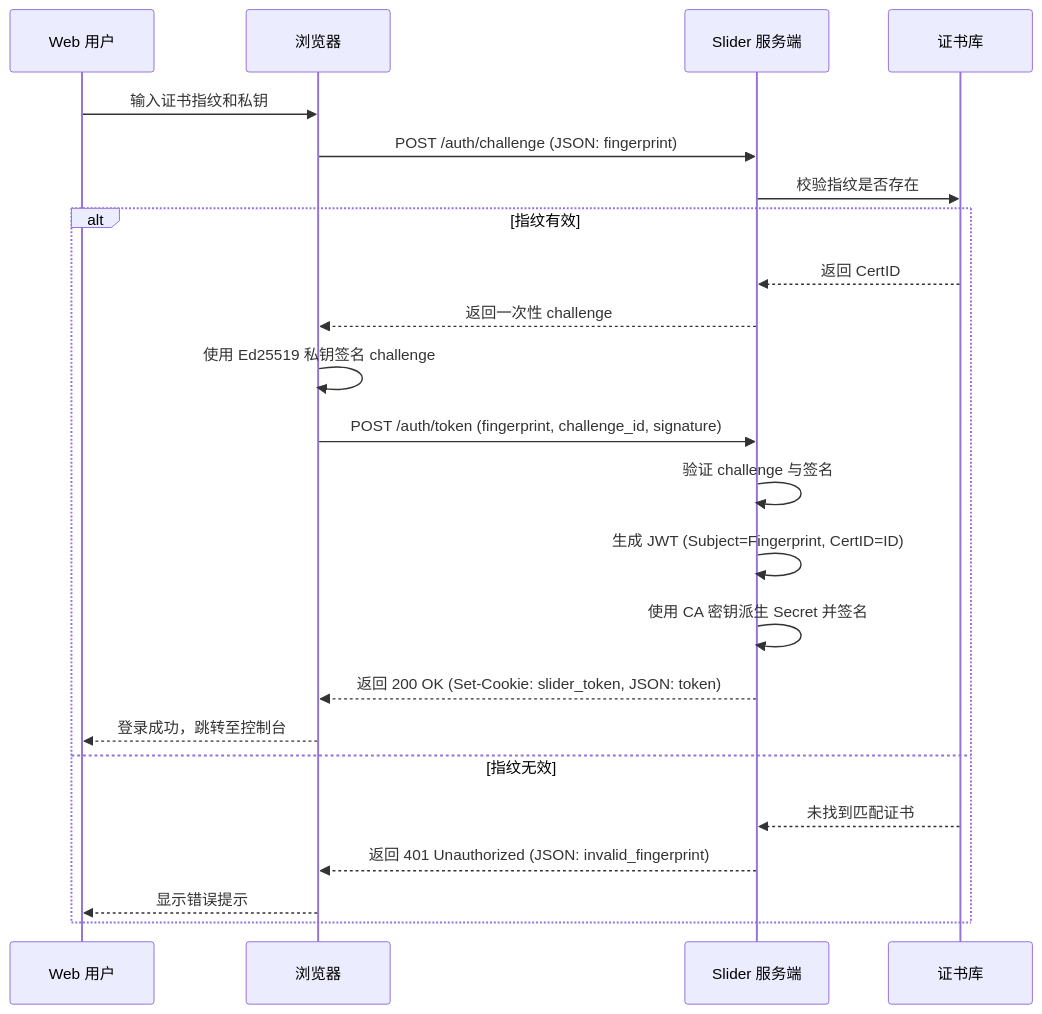
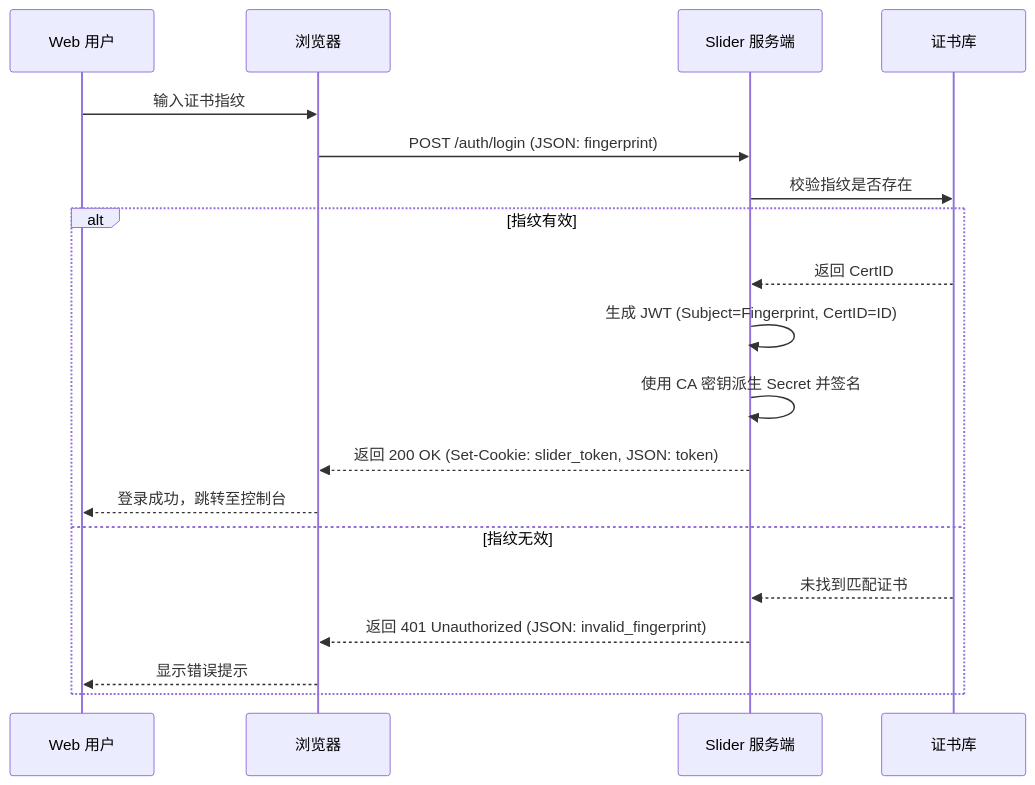
The first of 3 diagrams in .trae/deepwiki/服务端实现与 Web 控制台/认证与权限控制.md (fuzzbuster/slider), drawn with Mermaid before and after one commit. The commit also changed other lines of this file and 17 other files, not shown here.

````diff
--- a/.trae/deepwiki/服务端实现与 Web 控制台/认证与权限控制.md
+++ b/.trae/deepwiki/服务端实现与 Web 控制台/认证与权限控制.md
@@ -62,26 +61,22 @@
 ```mermaid
 sequenceDiagram
     participant User as Web 用户
     participant Browser as 浏览器
     participant Server as Slider 服务端
     participant CertJar as 证书库
 
-    User->>Browser: 输入证书指纹和私钥
-    Browser->>Server: POST /auth/challenge (JSON: fingerprint)
+    User->>Browser: 输入证书指纹
+    Browser->>Server: POST /auth/login (JSON: fingerprint)
     Server->>CertJar: 校验指纹是否存在
     alt 指纹有效
         CertJar-->>Server: 返回 CertID
-        Server-->>Browser: 返回一次性 challenge
-        Browser->>Browser: 使用 Ed25519 私钥签名 challenge
-        Browser->>Server: POST /auth/token (fingerprint, challenge_id, signature)
-        Server->>Server: 验证 challenge 与签名
         Server->>Server: 生成 JWT (Subject=Fingerprint, CertID=ID)
         Server->>Server: 使用 CA 密钥派生 Secret 并签名
         Server-->>Browser: 返回 200 OK (Set-Cookie: slider_token, JSON: token)
         Browser-->>User: 登录成功，跳转至控制台
     else 指纹无效
         CertJar-->>Server: 未找到匹配证书
         Server-->>Browser: 返回 401 Unauthorized (JSON: invalid_fingerprint)
         Browser-->>User: 显示错误提示
     end
 ```
````
